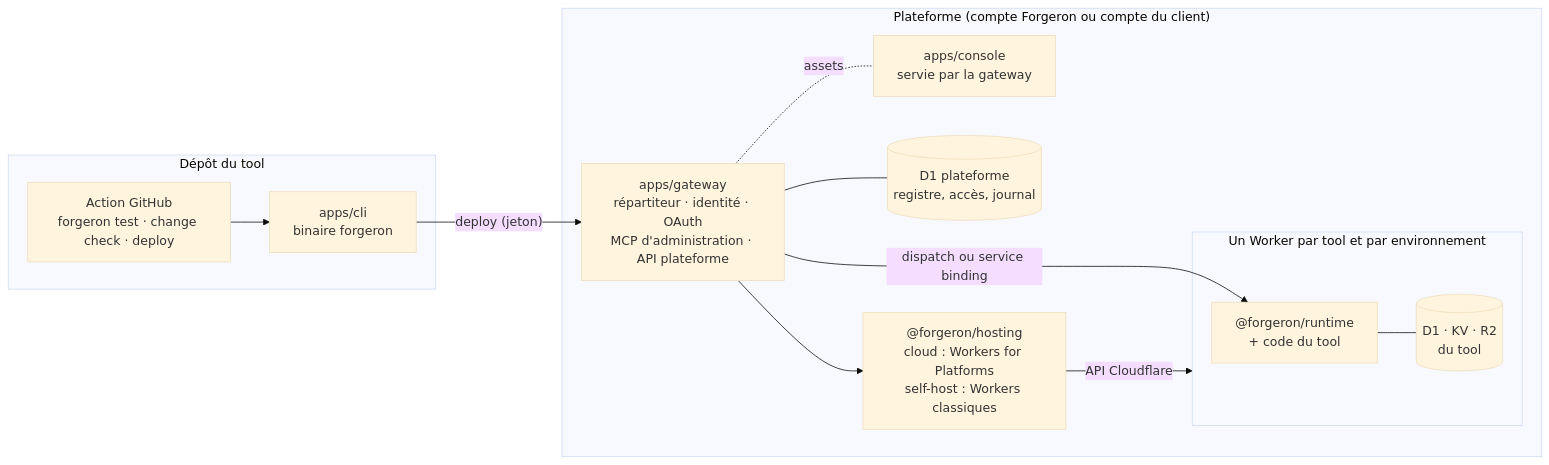
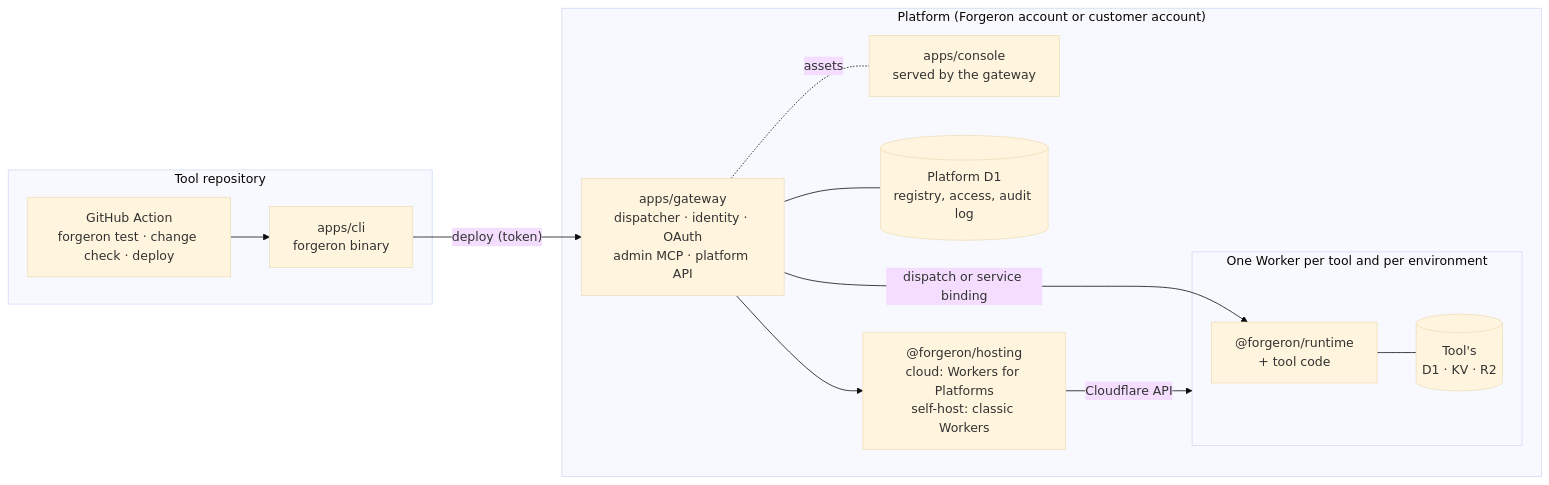
The first of 3 diagrams in docs/ARCHITECTURE.md (forgeron-sh/monorepo), drawn with Mermaid (base theme) before and after one commit. The commit also changed other lines of this file and 128 other files, not shown here.

````diff
--- a/docs/ARCHITECTURE.md
+++ b/docs/ARCHITECTURE.md
@@ -9,27 +9,27 @@
 ```mermaid
 flowchart LR
-  subgraph Dev["Dépôt du tool"]
-    CI["Action GitHub<br/>forgeron test · change check · deploy"]
-    CLI["apps/cli<br/>binaire forgeron"]
+  subgraph Dev["Tool repository"]
+    CI["GitHub Action<br/>forgeron test · change check · deploy"]
+    CLI["apps/cli<br/>forgeron binary"]
   end
 
-  subgraph Platform["Plateforme (compte Forgeron ou compte du client)"]
-    GW["apps/gateway<br/>répartiteur · identité · OAuth<br/>MCP d'administration · API plateforme"]
-    CON["apps/console<br/>servie par la gateway"]
-    REG[("D1 plateforme<br/>registre, accès, journal")]
-    HOST["@forgeron/hosting<br/>cloud : Workers for Platforms<br/>self-host : Workers classiques"]
-    subgraph Tools["Un Worker par tool et par environnement"]
-      RT["@forgeron/runtime<br/>+ code du tool"]
-      RES[("D1 · KV · R2<br/>du tool")]
+  subgraph Platform["Platform (Forgeron account or customer account)"]
+    GW["apps/gateway<br/>dispatcher · identity · OAuth<br/>admin MCP · platform API"]
+    CON["apps/console<br/>served by the gateway"]
+    REG[("Platform D1<br/>registry, access, audit log")]
+    HOST["@forgeron/hosting<br/>cloud: Workers for Platforms<br/>self-host: classic Workers"]
+    subgraph Tools["One Worker per tool and per environment"]
+      RT["@forgeron/runtime<br/>+ tool code"]
+      RES[("Tool's<br/>D1 · KV · R2")]
     end
   end
 
   CI --> CLI
-  CLI -- "deploy (jeton)" --> GW
+  CLI -- "deploy (token)" --> GW
   GW --- REG
   GW --> HOST
-  HOST -- "API Cloudflare" --> Tools
-  GW -- "dispatch ou service binding" --> RT
+  HOST -- "Cloudflare API" --> Tools
+  GW -- "dispatch or service binding" --> RT
   RT --- RES
   GW -. assets .- CON
 ```
````
